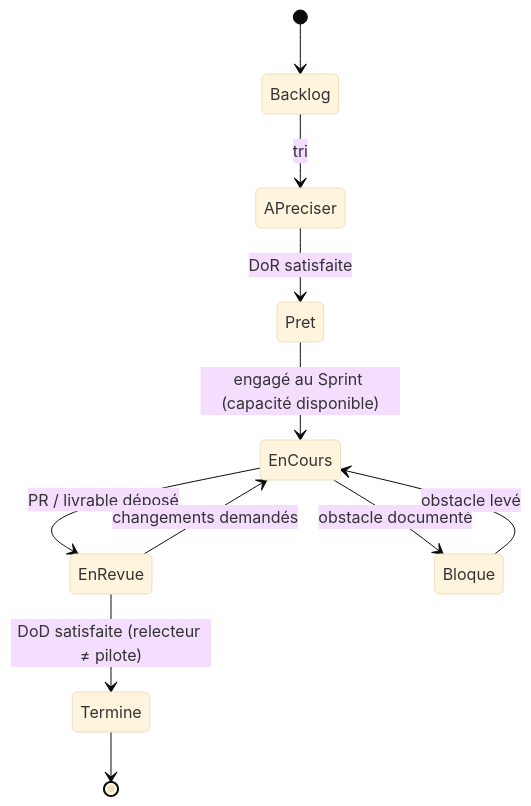
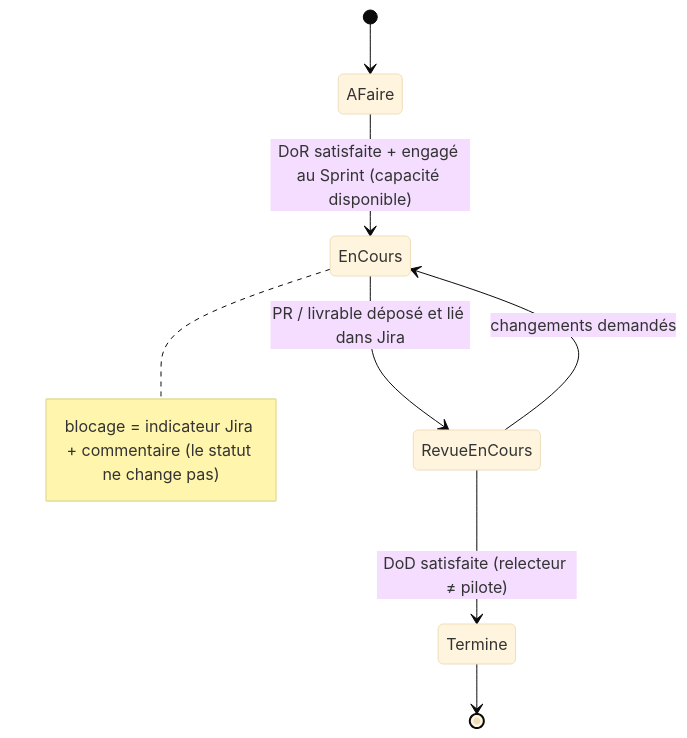
The diagram in docs/21_rcs16_conventions_jira.md (GemimaOndele/Generative-ai-and-diffusion-models-project), drawn with Mermaid (base theme) before and after one commit. The commit also changed other lines of this file and 1 other file, not shown here.

Commit message:
docs(RCS-16): aligner la convention sur le workflow Jira existant (À faire, En cours, Revue en cours, Terminé(e))

````diff
--- a/docs/21_rcs16_conventions_jira.md
+++ b/docs/21_rcs16_conventions_jira.md
@@ -12,13 +13,10 @@
 ```mermaid
 stateDiagram-v2
-    [*] --> Backlog
-    Backlog --> APreciser: tri
-    APreciser --> Pret: DoR satisfaite
-    Pret --> EnCours: engagé au Sprint (capacité disponible)
-    EnCours --> EnRevue: PR / livrable déposé
-    EnRevue --> EnCours: changements demandés
-    EnRevue --> Termine: DoD satisfaite (relecteur ≠ pilote)
-    EnCours --> Bloque: obstacle documenté
-    Bloque --> EnCours: obstacle levé
+    [*] --> AFaire
+    AFaire --> EnCours: DoR satisfaite + engagé au Sprint (capacité disponible)
+    EnCours --> RevueEnCours: PR / livrable déposé et lié dans Jira
+    RevueEnCours --> EnCours: changements demandés
+    RevueEnCours --> Termine: DoD satisfaite (relecteur ≠ pilote)
     Termine --> [*]
+    note right of EnCours: blocage = indicateur Jira + commentaire (le statut ne change pas)
 ```
````
